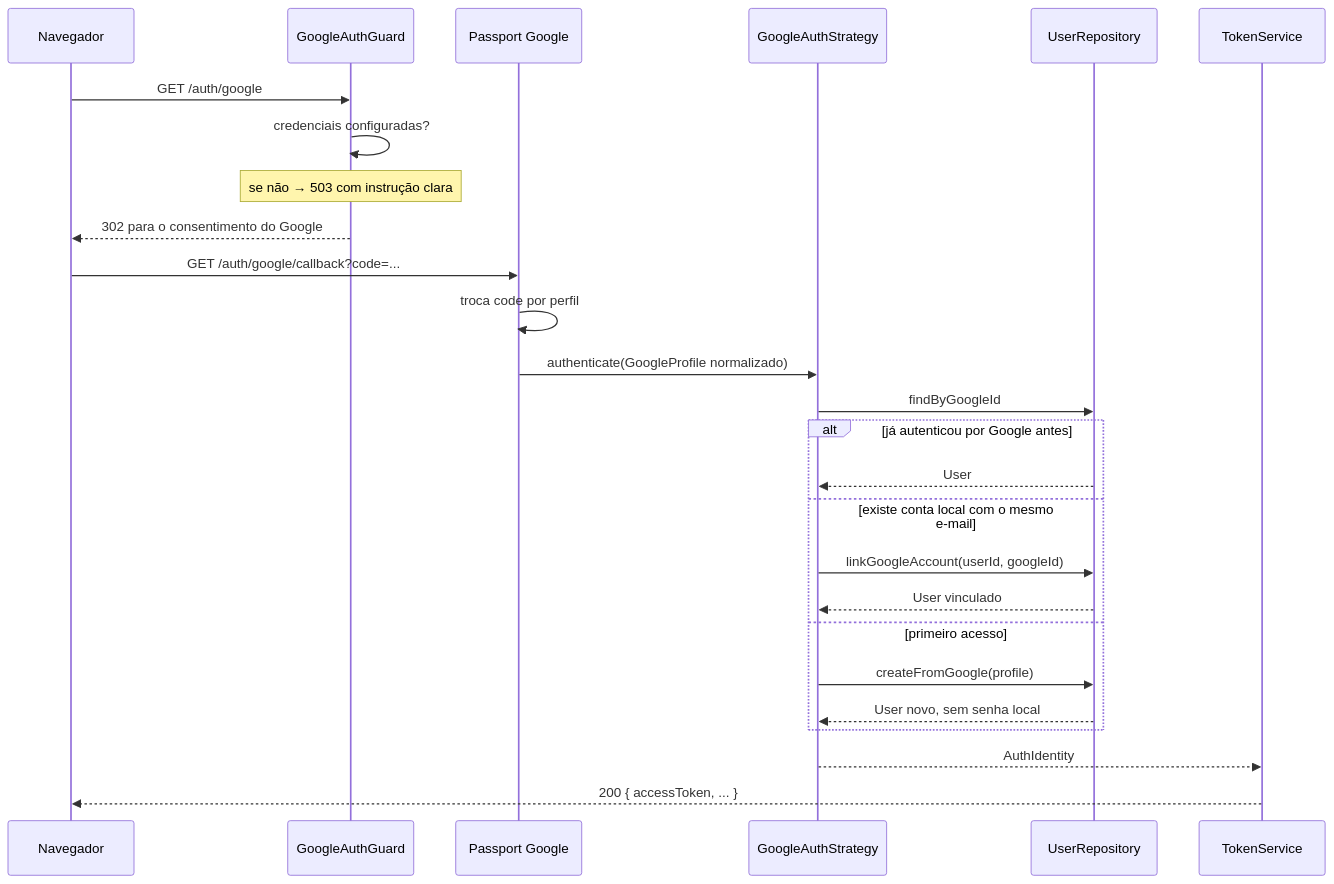
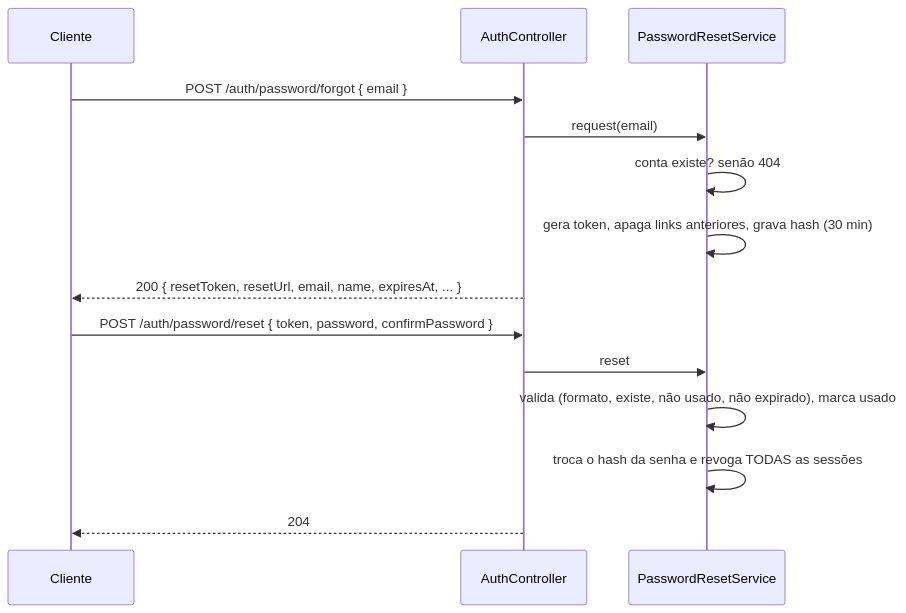
Before and after one commit to thaliaoliveira-tech/ESDM-autenticacao-com-SOLID: the fourth of 4 diagrams in backend/docs/authentication-flow.md, drawn with Mermaid. The commit also changed other lines of this file and 141 other files, not shown here.

Commit message:
feat: remove login com Google e devolve link de redefinicao de senha na resposta

````diff
--- a/backend/docs/authentication-flow.md
+++ b/backend/docs/authentication-flow.md
@@ -90,29 +179,17 @@
 ```mermaid
 sequenceDiagram
-    participant C as Navegador
-    participant GG as GoogleAuthGuard
-    participant P as Passport Google
-    participant GS as GoogleAuthStrategy
-    participant UR as UserRepository
-    participant TS as TokenService
+    participant C as Cliente
+    participant API as AuthController
+    participant PR as PasswordResetService
 
-    C->>GG: GET /auth/google
-    GG->>GG: credenciais configuradas?
-    Note over GG: se não → 503 com instrução clara
-    GG-->>C: 302 para o consentimento do Google
-    C->>P: GET /auth/google/callback?code=...
-    P->>P: troca code por perfil
-    P->>GS: authenticate(GoogleProfile normalizado)
-    GS->>UR: findByGoogleId
-    alt já autenticou por Google antes
-        UR-->>GS: User
-    else existe conta local com o mesmo e-mail
-        GS->>UR: linkGoogleAccount(userId, googleId)
-        UR-->>GS: User vinculado
-    else primeiro acesso
-        GS->>UR: createFromGoogle(profile)
-        UR-->>GS: User novo, sem senha local
-    end
-    GS-->>TS: AuthIdentity
-    TS-->>C: 200 { accessToken, ... }
+    C->>API: POST /auth/password/forgot { email }
+    API->>PR: request(email)
+    PR->>PR: conta existe? senão 404
+    PR->>PR: gera token, apaga links anteriores, grava hash (30 min)
+    API-->>C: 200 { resetToken, resetUrl, email, name, expiresAt, ... }
+    C->>API: POST /auth/password/reset { token, password, confirmPassword }
+    API->>PR: reset
+    PR->>PR: valida (formato, existe, não usado, não expirado), marca usado
+    PR->>PR: troca o hash da senha e revoga TODAS as sessões
+    API-->>C: 204
 ```
````
